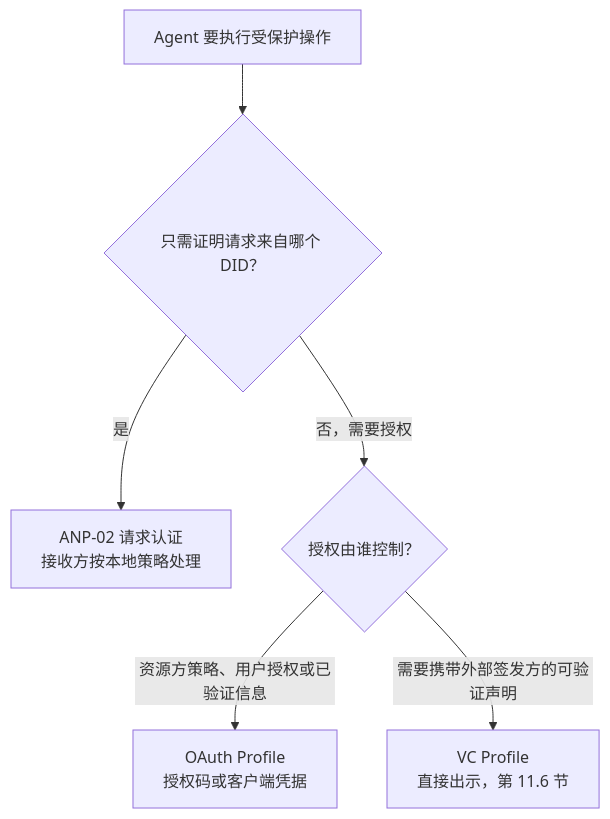
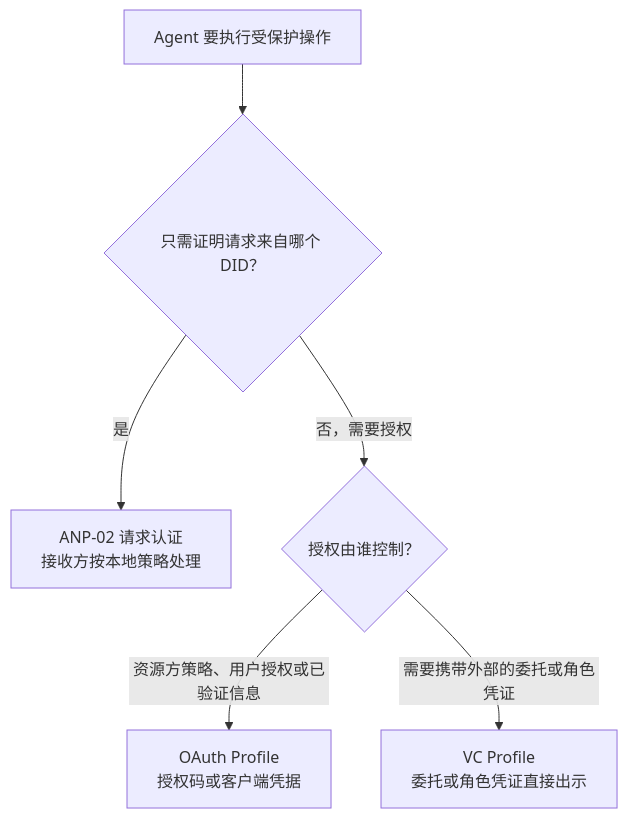
The first of 10 diagrams in vnext/chinese/05-ANP-基于DID的授权协议.md (agent-network-protocol/AgentNetworkProtocol), drawn with Mermaid before and after one commit. The commit also changed other lines of this file and 6 other files, not shown here.

````diff
--- a/vnext/chinese/05-ANP-基于DID的授权协议.md
+++ b/vnext/chinese/05-ANP-基于DID的授权协议.md
@@ -130,8 +130,8 @@
 ```mermaid
 flowchart TD
   Start["Agent 要执行受保护操作"] --> Q1{"只需证明请求来自哪个 DID？"}
   Q1 -->|"是"| P02["ANP-02 请求认证<br/>接收方按本地策略处理"]
   Q1 -->|"否，需要授权"| Q2{"授权由谁控制？"}
   Q2 -->|"资源方策略、用户授权或已验证信息"| OA["OAuth Profile<br/>授权码或客户端凭据"]
-  Q2 -->|"需要携带外部签发方的可验证声明"| DP["VC Profile<br/>直接出示，第 11.6 节"]
+  Q2 -->|"需要携带外部的委托或角色凭证"| DP["VC Profile<br/>委托或角色凭证直接出示"]
 ```
````
